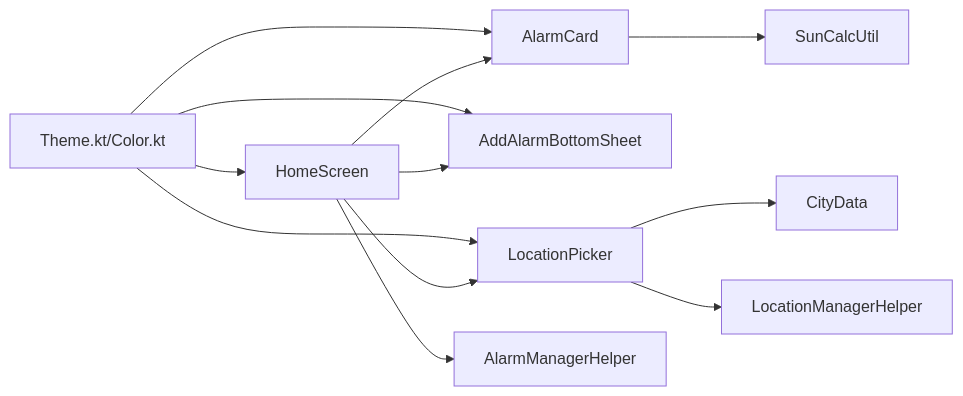
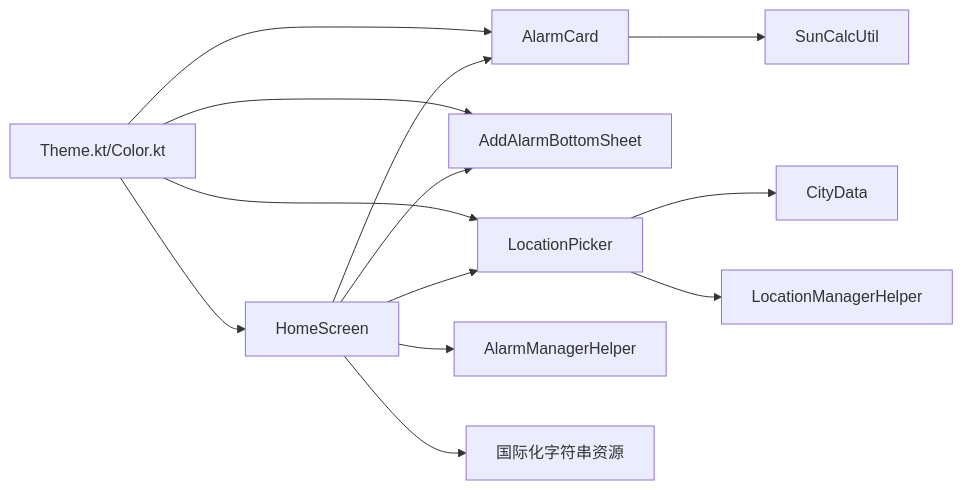
The seventh of 7 diagrams in .qoder/repowiki/zh/content/核心功能/用户界面交互.md (snuabar/Clock), drawn with Mermaid before and after one commit. The commit also changed other lines of this file and 3 other files, not shown here.

````diff
--- a/.qoder/repowiki/zh/content/核心功能/用户界面交互.md
+++ b/.qoder/repowiki/zh/content/核心功能/用户界面交互.md
@@ -288,14 +333,15 @@
 ```mermaid
 graph LR
 Home["HomeScreen"] --> Card["AlarmCard"]
 Home --> Sheet["AddAlarmBottomSheet"]
 Home --> Picker["LocationPicker"]
 Card --> SunCalc["SunCalcUtil"]
 Picker --> City["CityData"]
 Picker --> LocHelper["LocationManagerHelper"]
 Home --> AlarmMgr["AlarmManagerHelper"]
+Home --> Strings["国际化字符串资源"]
 Theme["Theme.kt/Color.kt"] --> Home
 Theme --> Sheet
 Theme --> Card
 Theme --> Picker
 ```
````
